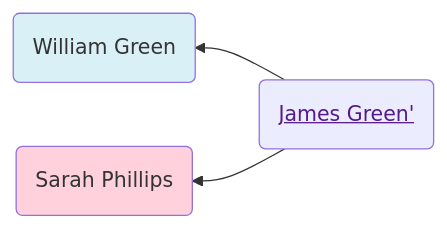
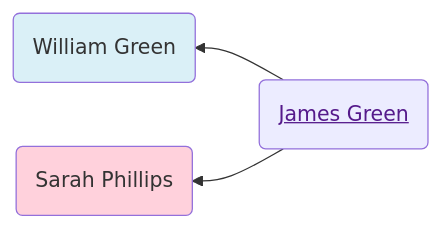
The first of 2 diagrams in familyhistory/sources/people/Gattis-line/Green-line/James_Green.qmd (neelsmith/avocational), drawn with Mermaid before and after one commit. The commit also changed other lines of this file and 96 other files, not shown here.

````diff
--- a/familyhistory/sources/people/Gattis-line/Green-line/James_Green.qmd
+++ b/familyhistory/sources/people/Gattis-line/Green-line/James_Green.qmd
@@ -26,12 +26,12 @@
 ```{mermaid}
 graph RL
 %% RL ancestor diagram
-James_Green(<a href=''>James Green'</>) -->  William_Green(William Green)
+James_Green(<a href=''>James Green</a>) -->  William_Green(William Green)
 class William_Green father
-James_Green(<a href=''>James Green'</>)  --> Sarah_Phillips(Sarah Phillips)
+James_Green(<a href=''>James Green</a>)  --> Sarah_Phillips(Sarah Phillips)
 class Sarah_Phillips mother
 classDef mother fill:#ffd1dc
 classDef father fill:#daf0f7  
 classDef marriage fill:#ffffff
 
 ```
````
